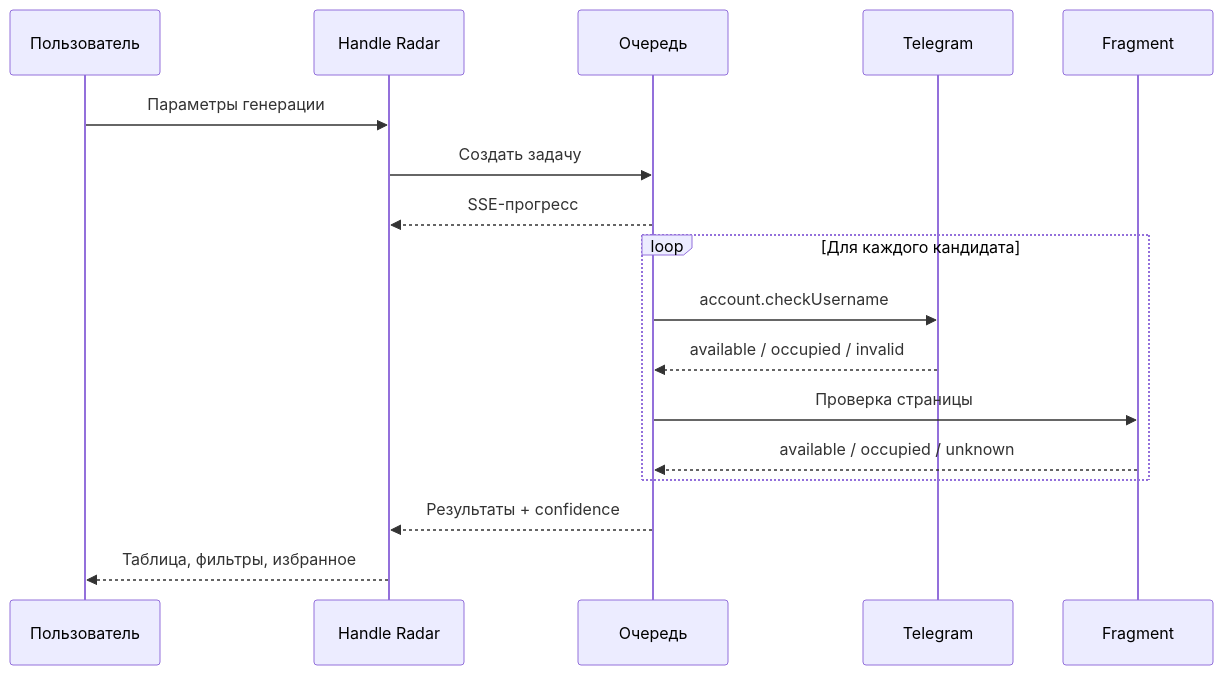
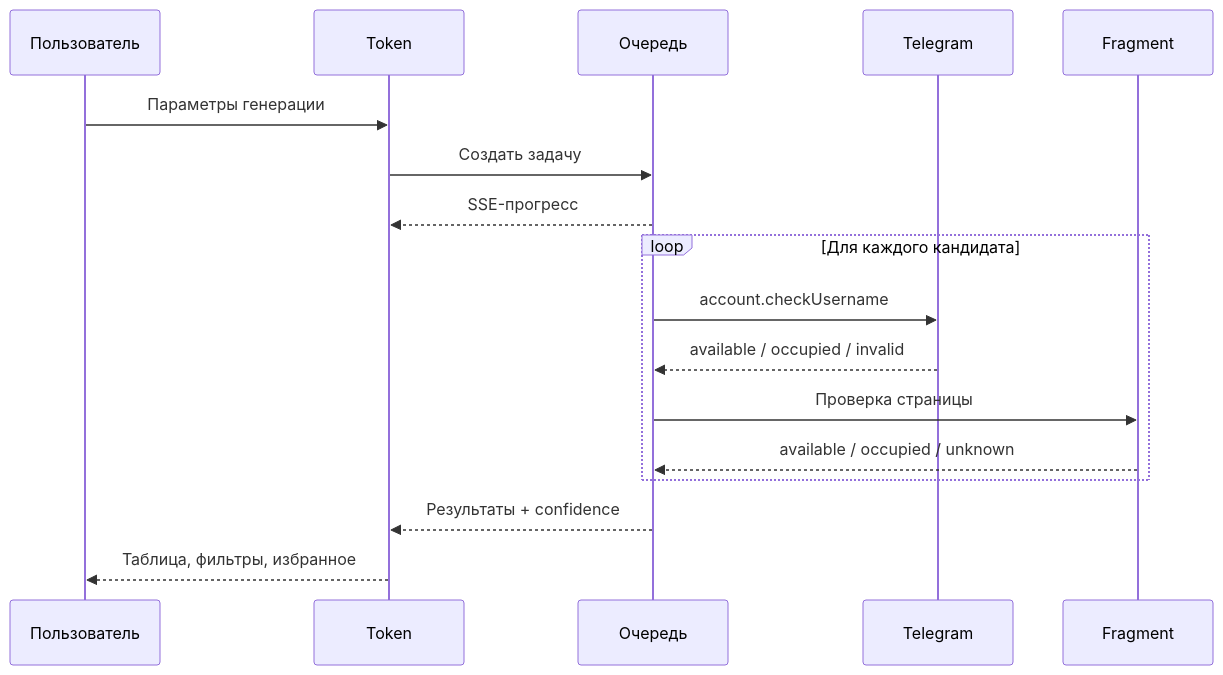
Before and after one commit to Randupy/tg-username-finder: the second of 2 diagrams in README.md, drawn with Mermaid. The commit also changed other lines of this file and 12 other files, not shown here.

````diff
--- a/README.md
+++ b/README.md
@@ -386,20 +386,20 @@
 ```mermaid
 sequenceDiagram
     participant U as Пользователь
-    participant W as Handle Radar
+    participant W as Token
     participant Q as Очередь
     participant T as Telegram
     participant F as Fragment
 
     U->>W: Параметры генерации
     W->>Q: Создать задачу
     Q-->>W: SSE-прогресс
     loop Для каждого кандидата
         Q->>T: account.checkUsername
         T-->>Q: available / occupied / invalid
         Q->>F: Проверка страницы
         F-->>Q: available / occupied / unknown
     end
     Q-->>W: Результаты + confidence
     W-->>U: Таблица, фильтры, избранное
 ```
````
